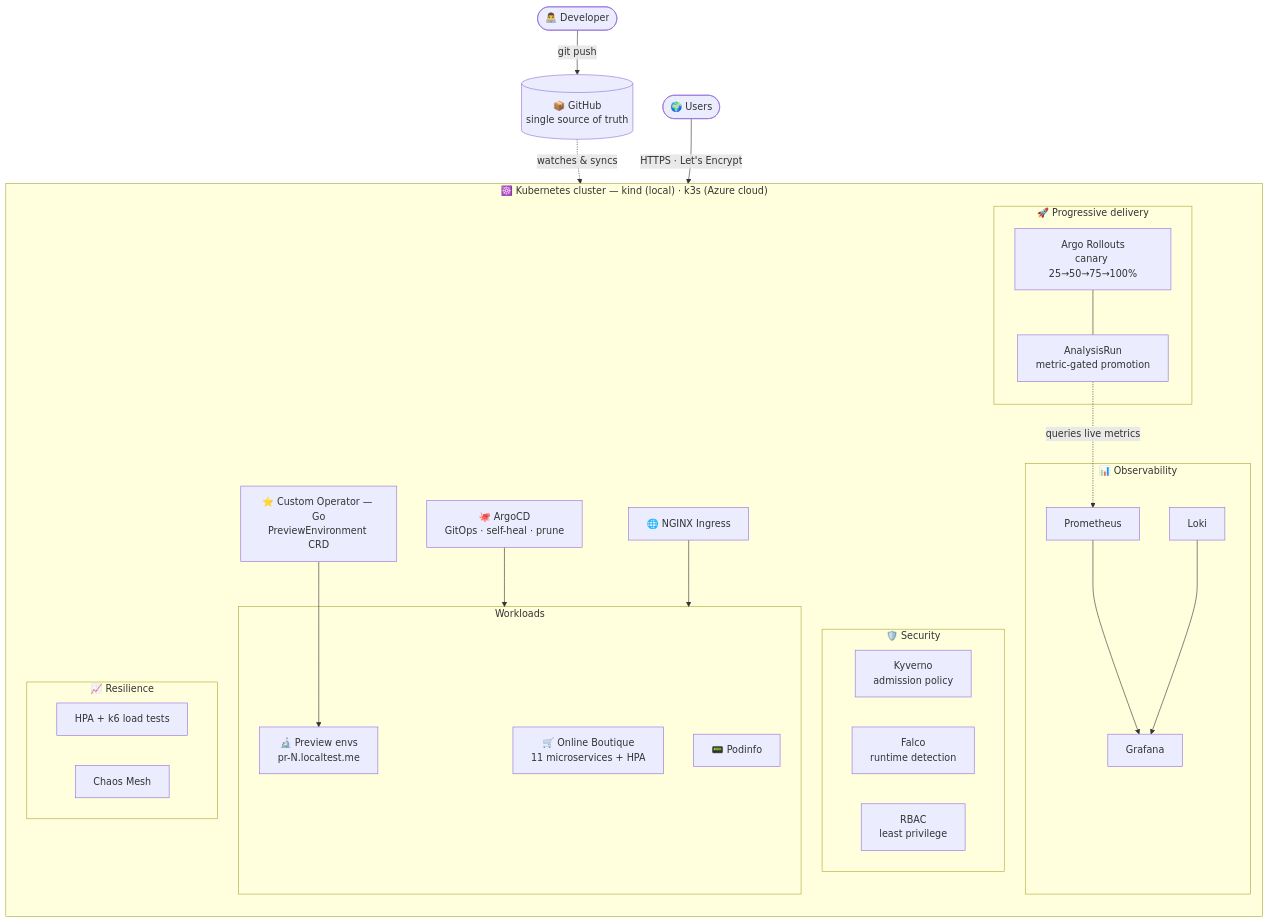
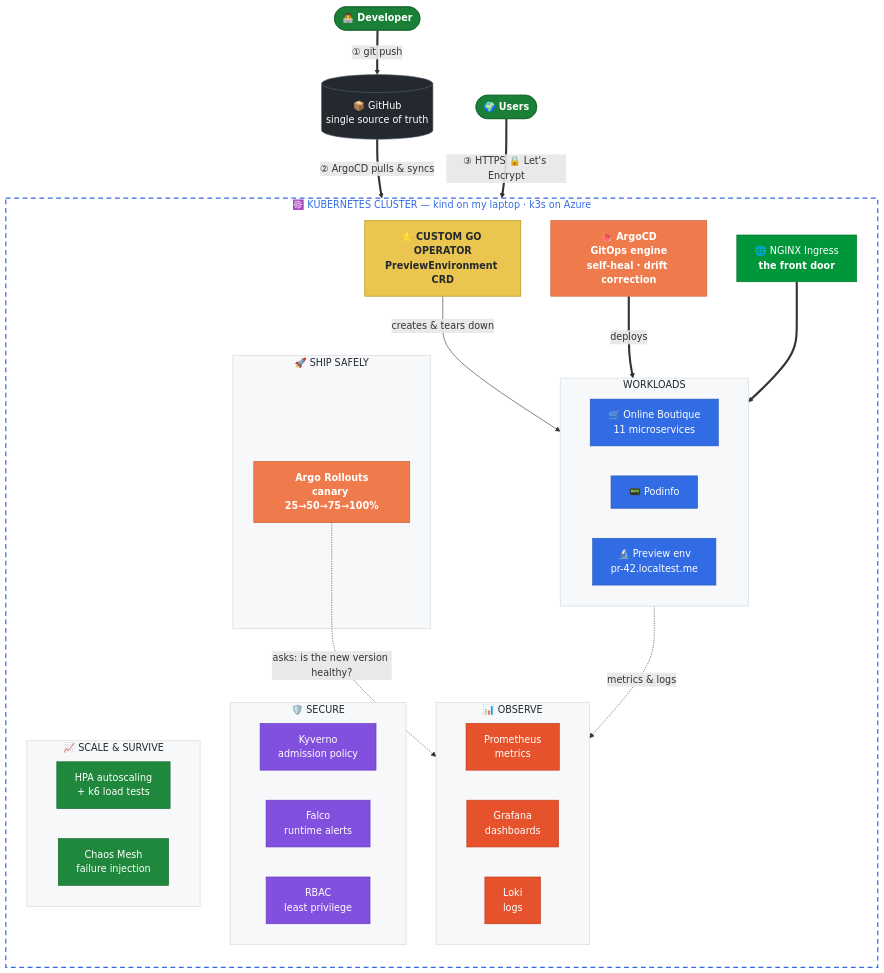
The first of 4 diagrams in README.md (Ayush-Bansal08/k8s-project), drawn with Mermaid before and after one commit. The commit also changed other lines of this file, not shown here.

Commit message:
Redesign README diagrams: color-coded, story-driven

````diff
--- a/README.md
+++ b/README.md
@@ -46,50 +46,74 @@
 ```mermaid
 flowchart TB
-    dev(["👨‍💻 Developer"]) -- "git push" --> git[("📦 GitHub<br/>single source of truth")]
-    git -. "watches & syncs" .-> argocd
-    user(["🌍 Users"]) -- "HTTPS · Let's Encrypt" --> nginx
+    dev(["👨‍💻 Developer"]) == "① git push" ==> git[("📦 GitHub<br/>single source of truth")]
+    git == "② ArgoCD pulls & syncs" ==> argocd
+    users(["🌍 Users"]) == "③ HTTPS 🔒 Let's Encrypt" ==> nginx
 
-    subgraph k8s["☸️ Kubernetes cluster — kind (local) · k3s (Azure cloud)"]
+    subgraph k8s["☸️ KUBERNETES CLUSTER — kind on my laptop · k3s on Azure"]
         direction TB
-        argocd["🐙 ArgoCD<br/>GitOps · self-heal · prune"]
-        nginx["🌐 NGINX Ingress"]
+        argocd["🐙 ArgoCD<br/><b>GitOps engine</b><br/>self-heal · drift correction"]
+        nginx["🌐 NGINX Ingress<br/><b>the front door</b>"]
 
-        subgraph workloads["Workloads"]
-            shop["🛒 Online Boutique<br/>11 microservices + HPA"]
+        subgraph apps["WORKLOADS"]
+            direction LR
+            shop["🛒 Online Boutique<br/>11 microservices"]
             pi["📟 Podinfo"]
-            prev["🔬 Preview envs<br/>pr-N.localtest.me"]
+            prev["🔬 Preview env<br/>pr-42.localtest.me"]
         end
 
-        subgraph delivery["🚀 Progressive delivery"]
-            rollouts["Argo Rollouts<br/>canary 25→50→75→100%"]
-            analysis["AnalysisRun<br/>metric-gated promotion"]
+        op["⭐ CUSTOM GO OPERATOR<br/>PreviewEnvironment CRD"]
+
+        subgraph ship["🚀 SHIP SAFELY"]
+            roll["Argo Rollouts<br/>canary 25→50→75→100%"]
         end
 
-        subgraph obs["📊 Observability"]
-            prom["Prometheus"]
-            graf["Grafana"]
-            loki["Loki"]
+        subgraph obs["📊 OBSERVE"]
+            direction LR
+            prom["Prometheus<br/>metrics"]
+            graf["Grafana<br/>dashboards"]
+            loki["Loki<br/>logs"]
         end
 
-        subgraph sec["🛡️ Security"]
+        subgraph sec["🛡️ SECURE"]
+            direction LR
             kyv["Kyverno<br/>admission policy"]
-            falco["Falco<br/>runtime detection"]
+            falco["Falco<br/>runtime alerts"]
             rbac["RBAC<br/>least privilege"]
         end
 
-        subgraph res["📈 Resilience"]
-            hpa["HPA + k6 load tests"]
-            chaos["Chaos Mesh"]
+        subgraph res["📈 SCALE & SURVIVE"]
+            direction LR
+            hpa["HPA autoscaling<br/>+ k6 load tests"]
+            chaos["Chaos Mesh<br/>failure injection"]
         end
 
-        op["⭐ Custom Operator — Go<br/>PreviewEnvironment CRD"]
+        argocd == "deploys" ==> apps
+        nginx ==> apps
+        op -- "creates & tears down" --> prev
+        apps -. "metrics & logs" .-> obs
+        roll -. "asks: is the new version healthy?" .-> prom
+    end
 
-        argocd --> workloads
-        nginx --> workloads
-        op --> prev
-        rollouts --- analysis
-        analysis -. "queries live metrics" .-> prom
-        prom --> graf
-        loki --> graf
-    end
+    classDef person fill:#1a7f37,stroke:#116329,color:#ffffff,font-weight:bold
+    classDef gitN fill:#24292f,stroke:#57606a,color:#ffffff
+    classDef argoN fill:#EF7B4D,stroke:#c4562a,color:#ffffff,font-weight:bold
+    classDef nginxN fill:#009639,stroke:#00702b,color:#ffffff
+    classDef appN fill:#326CE5,stroke:#2557b8,color:#ffffff
+    classDef opN fill:#eac54f,stroke:#b08800,color:#24292f,font-weight:bold
+    classDef obsN fill:#E6522C,stroke:#b93815,color:#ffffff
+    classDef secN fill:#8250df,stroke:#6639ba,color:#ffffff
+    classDef resN fill:#1f883d,stroke:#116329,color:#ffffff
+    classDef zone fill:#f6f8fa,stroke:#d0d7de,color:#24292f
+
+    class dev,users person
+    class git gitN
+    class argocd,roll argoN
+    class nginx nginxN
+    class shop,pi,prev appN
+    class op opN
+    class prom,graf,loki obsN
+    class kyv,falco,rbac secN
+    class hpa,chaos resN
+    class apps,obs,ship,sec,res zone
+    style k8s fill:none,stroke:#326CE5,stroke-width:2px,stroke-dasharray:8 6,color:#326CE5
 ```
````
